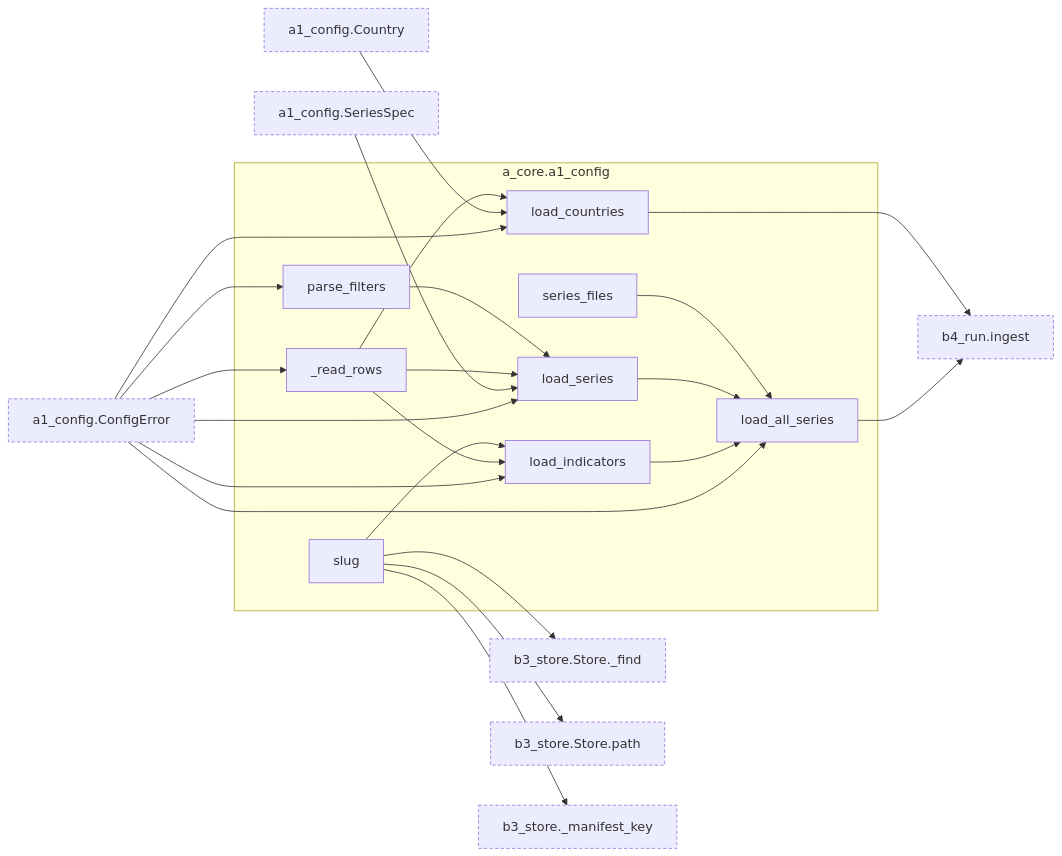
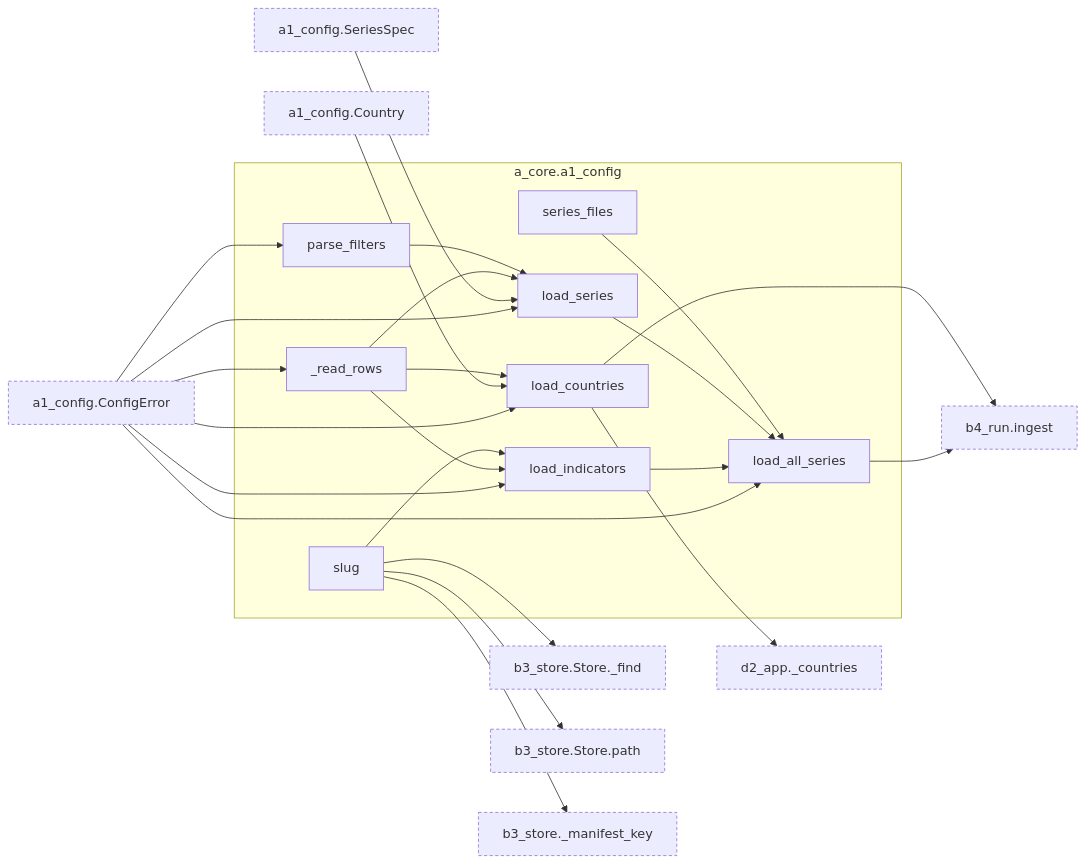
The third of 12 diagrams in docs/architecture.md (bsawyerg15/MacroScan), drawn with Mermaid before and after one commit. The commit also changed other lines of this file and 9 other files, not shown here.

````diff
--- a/docs/architecture.md
+++ b/docs/architecture.md
@@ -179,57 +198,60 @@
 ```mermaid
 flowchart LR
   subgraph this["a_core.a1_config"]
     n_a_core_a1_config__read_rows["_read_rows"]
     n_a_core_a1_config_load_all_series["load_all_series"]
     n_a_core_a1_config_load_countries["load_countries"]
     n_a_core_a1_config_load_indicators["load_indicators"]
     n_a_core_a1_config_load_series["load_series"]
     n_a_core_a1_config_parse_filters["parse_filters"]
     n_a_core_a1_config_series_files["series_files"]
     n_a_core_a1_config_slug["slug"]
   end
   n_a_core_a1_config_ConfigError["a1_config.ConfigError"]:::ext
   n_a_core_a1_config_Country["a1_config.Country"]:::ext
   n_a_core_a1_config_SeriesSpec["a1_config.SeriesSpec"]:::ext
   n_b_ingest_b3_store_Store__find["b3_store.Store._find"]:::ext
   n_b_ingest_b3_store_Store_path["b3_store.Store.path"]:::ext
   n_b_ingest_b3_store__manifest_key["b3_store._manifest_key"]:::ext
   n_b_ingest_b4_run_ingest["b4_run.ingest"]:::ext
+  n_d_visualization_d2_app__countries["d2_app._countries"]:::ext
   n_a_core_a1_config_ConfigError --> n_a_core_a1_config__read_rows
   n_a_core_a1_config_ConfigError --> n_a_core_a1_config_load_all_series
   n_a_core_a1_config_load_indicators --> n_a_core_a1_config_load_all_series
   n_a_core_a1_config_load_series --> n_a_core_a1_config_load_all_series
   n_a_core_a1_config_series_files --> n_a_core_a1_config_load_all_series
   n_a_core_a1_config_ConfigError --> n_a_core_a1_config_load_countries
   n_a_core_a1_config_Country --> n_a_core_a1_config_load_countries
   n_a_core_a1_config__read_rows --> n_a_core_a1_config_load_countries
   n_a_core_a1_config_ConfigError --> n_a_core_a1_config_load_indicators
   n_a_core_a1_config__read_rows --> n_a_core_a1_config_load_indicators
   n_a_core_a1_config_slug --> n_a_core_a1_config_load_indicators
   n_a_core_a1_config_ConfigError --> n_a_core_a1_config_load_series
   n_a_core_a1_config_SeriesSpec --> n_a_core_a1_config_load_series
   n_a_core_a1_config__read_rows --> n_a_core_a1_config_load_series
   n_a_core_a1_config_parse_filters --> n_a_core_a1_config_load_series
   n_a_core_a1_config_ConfigError --> n_a_core_a1_config_parse_filters
   n_a_core_a1_config_slug --> n_b_ingest_b3_store_Store__find
   n_a_core_a1_config_slug --> n_b_ingest_b3_store_Store_path
   n_a_core_a1_config_slug --> n_b_ingest_b3_store__manifest_key
   n_a_core_a1_config_load_all_series --> n_b_ingest_b4_run_ingest
   n_a_core_a1_config_load_countries --> n_b_ingest_b4_run_ingest
+  n_a_core_a1_config_load_countries --> n_d_visualization_d2_app__countries
   click n_a_core_a1_config_ConfigError href "#cls-ConfigError"
   click n_a_core_a1_config_Country href "#cls-Country"
   click n_a_core_a1_config_SeriesSpec href "#cls-SeriesSpec"
   click n_a_core_a1_config__read_rows href "#fn-a_core-a1_config-_read_rows"
   click n_a_core_a1_config_load_all_series href "#fn-a_core-a1_config-load_all_series"
   click n_a_core_a1_config_load_countries href "#fn-a_core-a1_config-load_countries"
   click n_a_core_a1_config_load_indicators href "#fn-a_core-a1_config-load_indicators"
   click n_a_core_a1_config_load_series href "#fn-a_core-a1_config-load_series"
   click n_a_core_a1_config_parse_filters href "#fn-a_core-a1_config-parse_filters"
   click n_a_core_a1_config_series_files href "#fn-a_core-a1_config-series_files"
   click n_a_core_a1_config_slug href "#fn-a_core-a1_config-slug"
   click n_b_ingest_b3_store_Store__find href "#fn-b_ingest-b3_store-Store._find"
   click n_b_ingest_b3_store_Store_path href "#fn-b_ingest-b3_store-Store.path"
   click n_b_ingest_b3_store__manifest_key href "#fn-b_ingest-b3_store-_manifest_key"
   click n_b_ingest_b4_run_ingest href "#fn-b_ingest-b4_run-ingest"
+  click n_d_visualization_d2_app__countries href "#fn-d_visualization-d2_app-_countries"
   classDef ext stroke-dasharray: 4 3
 ```
````
